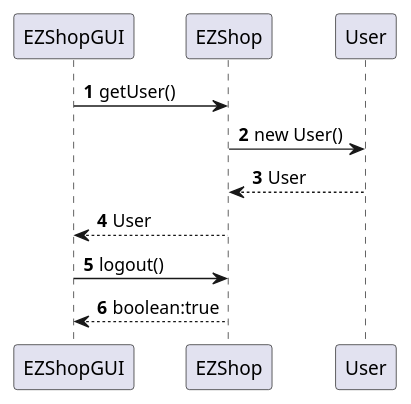
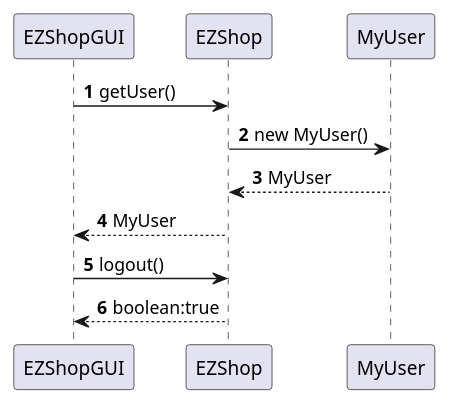
Before and after one commit to mkexc/ezshop: diagram 14 of 22 in Deliverables/DesignDocument.md, drawn with PlantUML. The commit also changed other lines of this file and 160 other files, not shown here.

````diff
--- a/Deliverables/DesignDocument.md
+++ b/Deliverables/DesignDocument.md
@@ -379,11 +371,11 @@
 ```plantuml
 @startuml
 autonumber
 EZShopGUI -> EZShop : getUser()
-EZShop -> User : new User()
-EZShop <-- User : User
-EZShopGUI <-- EZShop : User
+EZShop -> MyUser : new MyUser()
+EZShop <-- MyUser : MyUser
+EZShopGUI <-- EZShop : MyUser
 EZShopGUI -> EZShop : logout()
 EZShopGUI <-- EZShop : boolean:true
 @enduml
 ```
````
